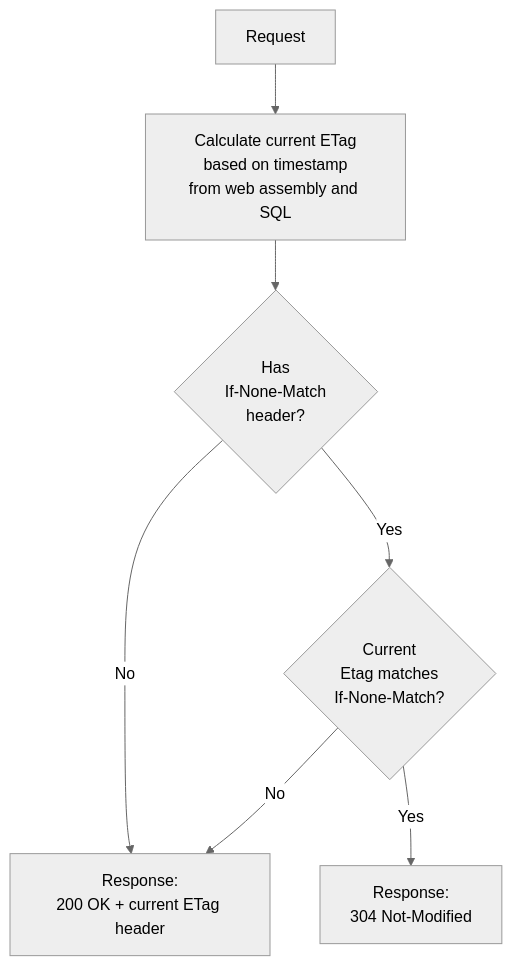
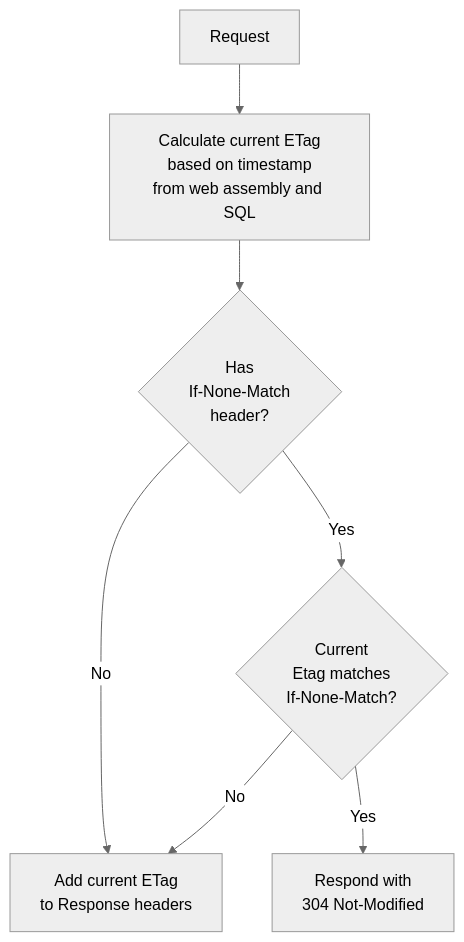
One commit to SimonCropp/Delta changed the diagram in readme.md. Above: the diagram before and after it, drawn with Mermaid (neutral theme).

````diff
--- a/readme.md
+++ b/readme.md
@@ -22,15 +22,15 @@
 ```mermaid
 graph TD
     Request
     CalculateEtag[Calculate current ETag<br/>based on timestamp<br/>from web assembly and SQL]
     IfNoneMatch{Has<br/>If-None-Match<br/>header?}
     EtagMatch{Current<br/>Etag matches<br/>If-None-Match?}
-    200[Response:<br/>200 OK + current ETag header]
-    304[Response:<br/>304 Not-Modified]
+    AddETag[Add current ETag<br/>to Response headers]
+    304[Respond with<br/>304 Not-Modified]
     Request --> CalculateEtag
     CalculateEtag --> IfNoneMatch
     IfNoneMatch -->|Yes| EtagMatch
-    IfNoneMatch -->|No| 200
-    EtagMatch -->|No| 200
+    IfNoneMatch -->|No| AddETag
+    EtagMatch -->|No| AddETag
     EtagMatch -->|Yes| 304
 ```
````
